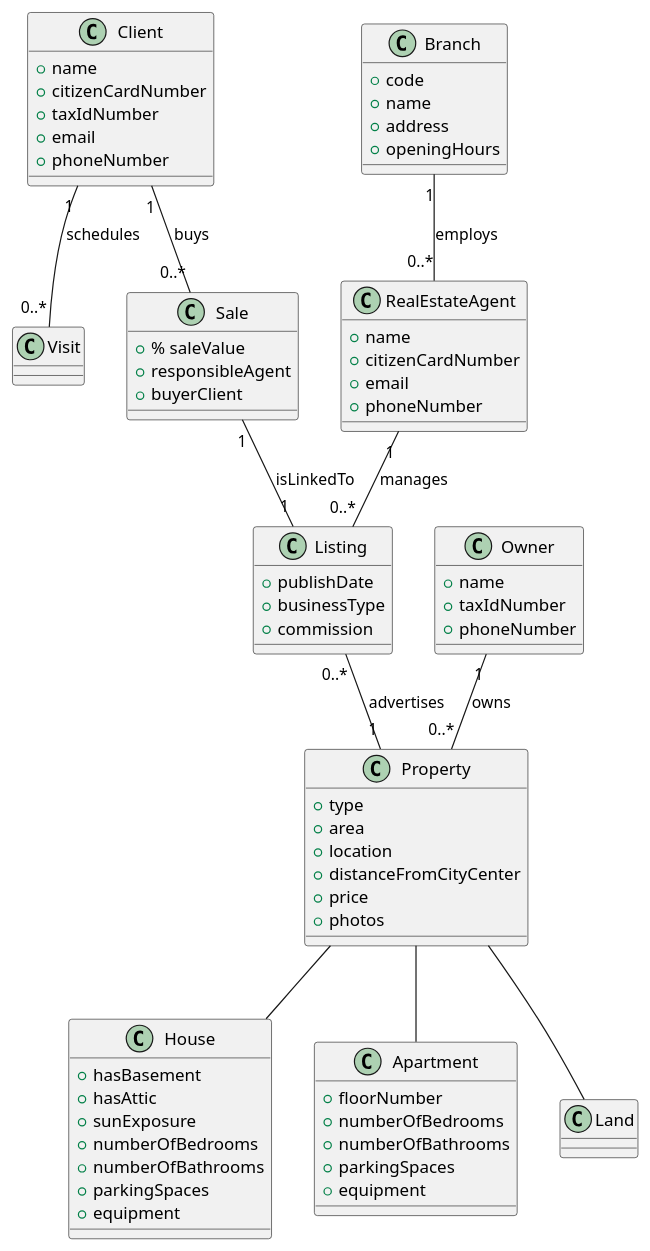
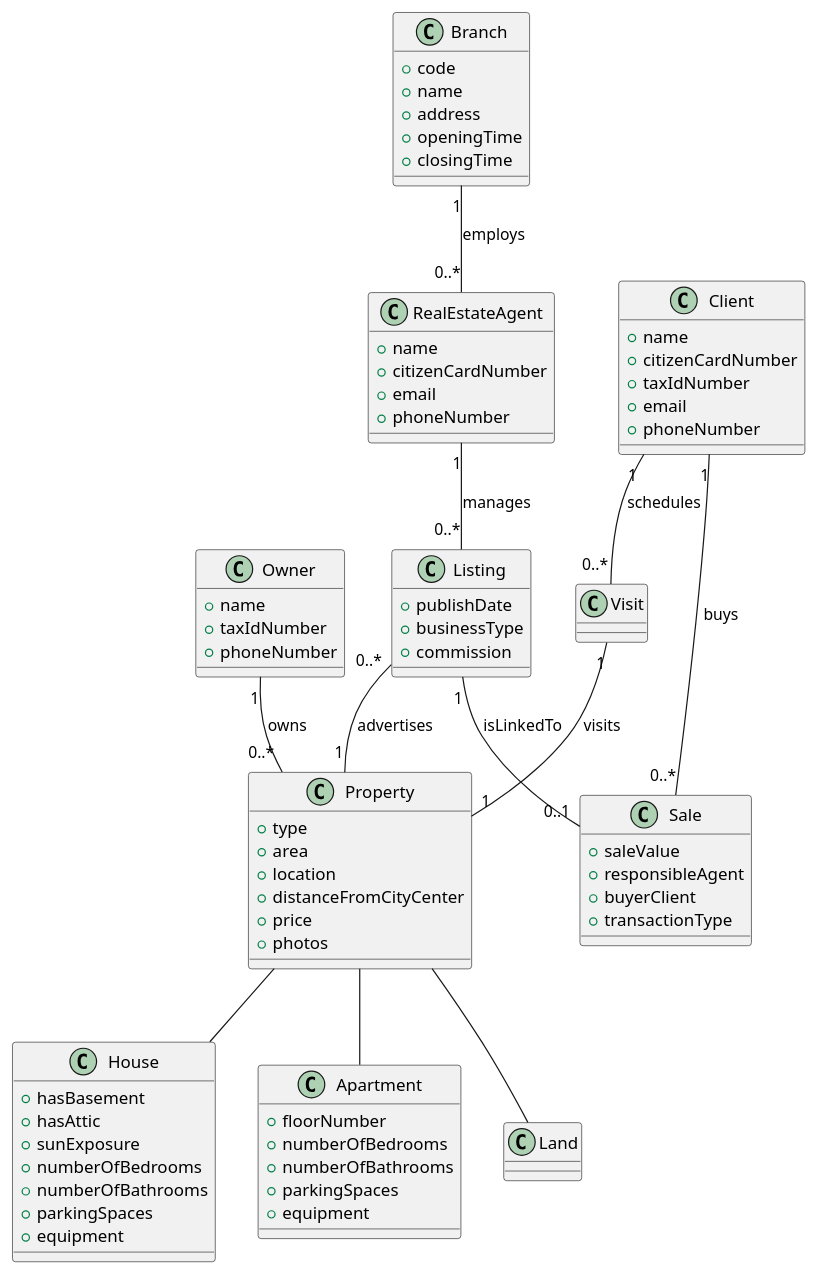
The diagram in docs/Sprint2/Global_Artifacts/DM.puml (goncalomaia18/leti-esoft-24-25-A2), drawn with PlantUML before and after one commit. The commit also changed 8 other files, not shown here.

```diff
--- a/docs/Sprint2/Global_Artifacts/DM.puml
+++ b/docs/Sprint2/Global_Artifacts/DM.puml
@@ -1,87 +1,91 @@
 @startuml
 
 class Client {
   +name
   +citizenCardNumber
   +taxIdNumber
   +email
   +phoneNumber
 }
 
 class Property {
   +type
   +area
   +location
   +distanceFromCityCenter
   +price
   +photos
 }
 
 class House {
   +hasBasement
   +hasAttic
   +sunExposure
   +numberOfBedrooms
   +numberOfBathrooms
   +parkingSpaces
   +equipment
 }
 
 class Apartment {
   +floorNumber
   +numberOfBedrooms
   +numberOfBathrooms
   +parkingSpaces
   +equipment
 }
 
 class Land {
 }
 
 class Owner {
   +name
   +taxIdNumber
   +phoneNumber
 }
 
 class RealEstateAgent {
   +name
   +citizenCardNumber
   +email
   +phoneNumber
 }
 
 class Listing {
   +publishDate
   +businessType
   +commission
 }
 
 class Visit {
 }
 
 class Branch {
   +code
   +name
   +address
-  +openingHours
+  +openingTime
+  +closingTime
 }
 
 class Sale {
-  +% saleValue
+  +saleValue
   +responsibleAgent
   +buyerClient
+  +transactionType
 }
+
 
 Client "1" -- "0..*" Visit : schedules
 Owner "1" -- "0..*" Property : owns
 Property -- House
 Property -- Apartment
 Property -- Land
 RealEstateAgent "1" -- "0..*" Listing : manages
 Listing "0..*" -- "1" Property : advertises
 Branch "1" -- "0..*" RealEstateAgent : employs
 Client "1" -- "0..*" Sale : buys
-Sale "1" -- "1" Listing : isLinkedTo
+Listing "1" -- "0..1" Sale : isLinkedTo
+Visit "1" -- "1" Property : visits
 
 @enduml
```
